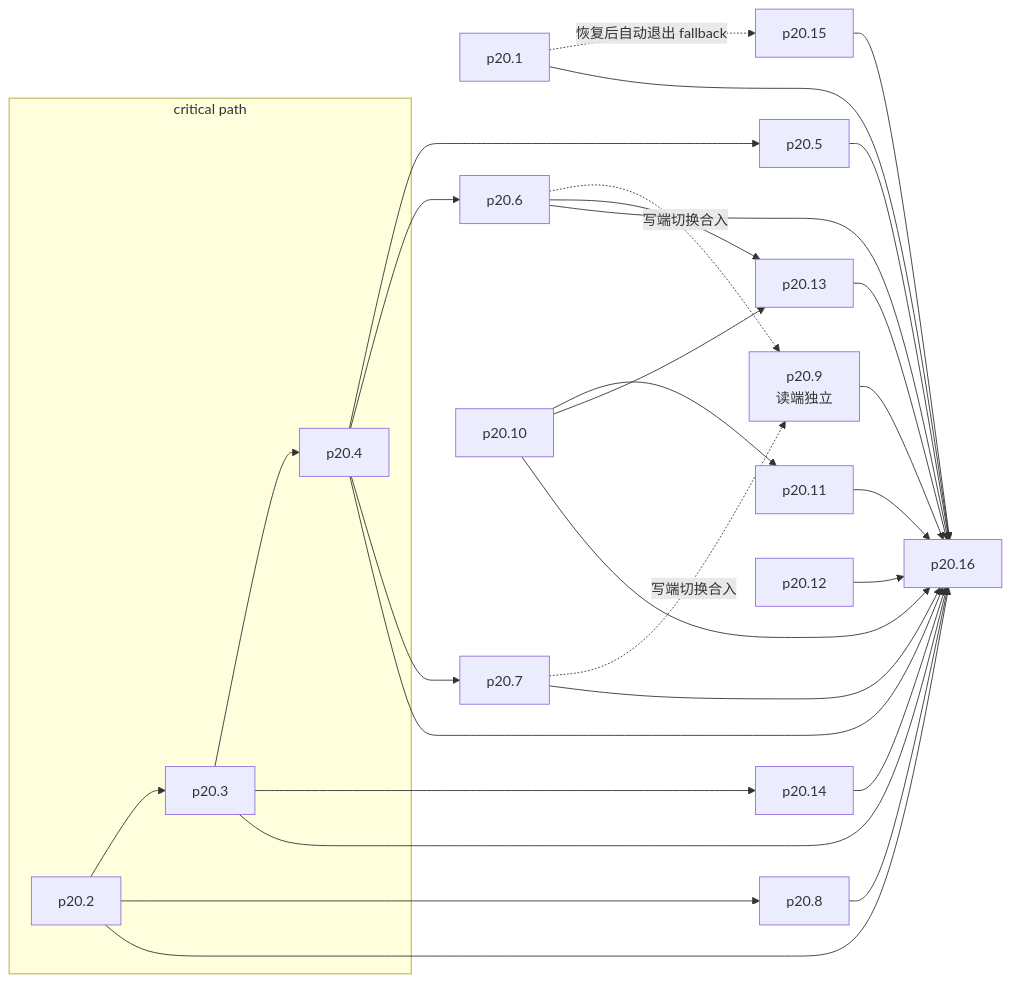
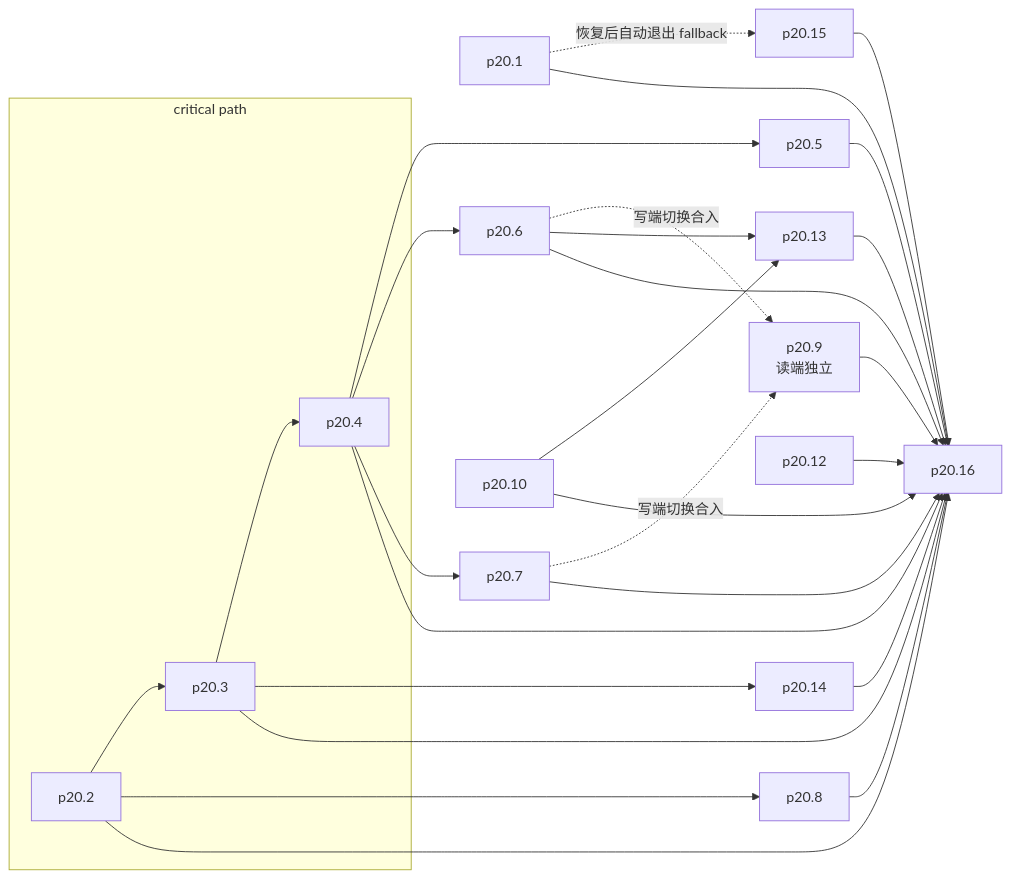
One commit to lihah111222333-cloud/Super-Dolphin-Agent-Cockpit changed the first of 2 diagrams in docs/plans/迁移/p20/README.md. Above: the diagram before and after it, drawn with Mermaid. The commit also changed other lines of this file and 11 other files, not shown here.

````diff
--- a/docs/plans/迁移/p20/README.md
+++ b/docs/plans/迁移/p20/README.md
@@ -51,37 +53,37 @@
 ```mermaid
 flowchart LR
   subgraph CP[critical path]
     P202[p20.2] --> P203[p20.3] --> P204[p20.4]
   end
 
   P201[p20.1] -.恢复后自动退出 fallback.-> P2015[p20.15]
   P202 --> P208[p20.8]
   P204 --> P205[p20.5]
   P204 --> P206[p20.6]
   P204 --> P207[p20.7]
   P203 --> P2014[p20.14]
 
   P209[p20.9<br/>读端独立]
   P206 -.写端切换合入.-> P209
   P207 -.写端切换合入.-> P209
 
-  P2010[p20.10] --> P2011[p20.11]
+  P2010[p20.10]
   P2010 --> P2013[p20.13]
   P206 --> P2013
 
   P201 --> P2016[p20.16]
   P202 --> P2016
   P203 --> P2016
   P204 --> P2016
   P205 --> P2016
   P206 --> P2016
   P207 --> P2016
   P208 --> P2016
   P209 --> P2016
   P2010 --> P2016
-  P2011 --> P2016
+
   P2012[p20.12] --> P2016
   P2013 --> P2016
   P2014 --> P2016
   P2015 --> P2016
 ```
````
